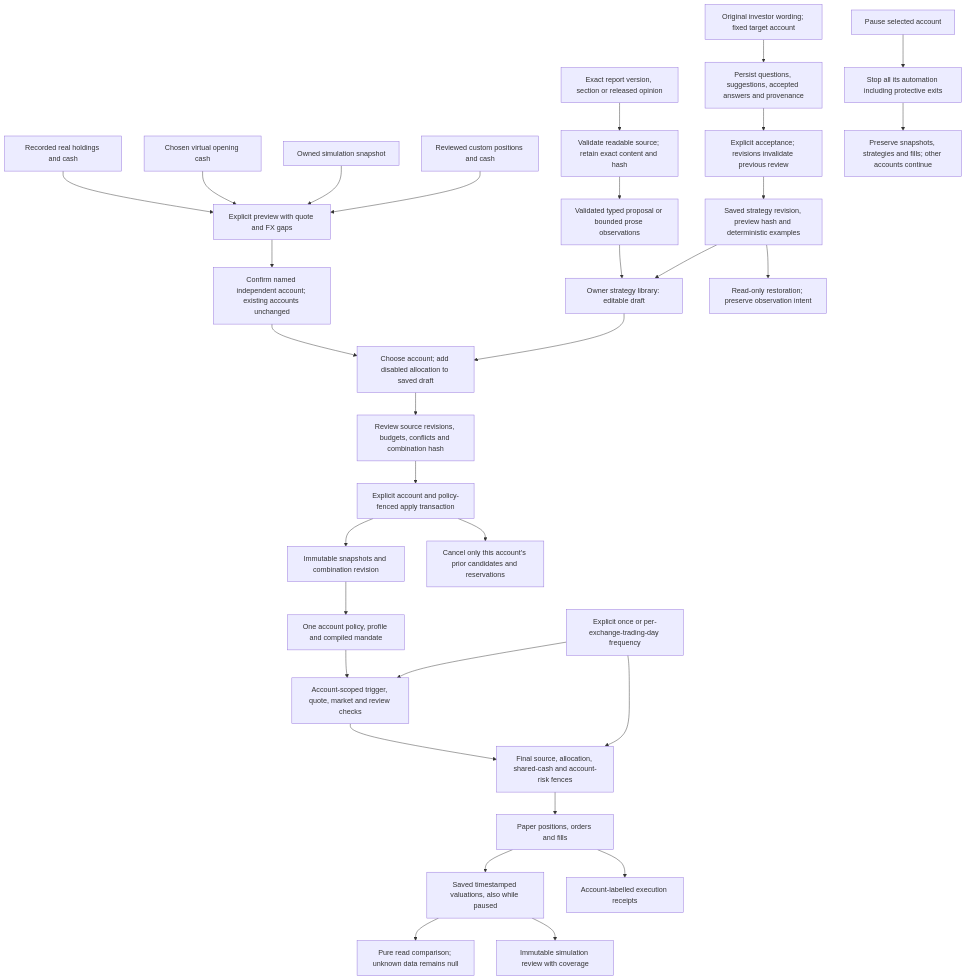
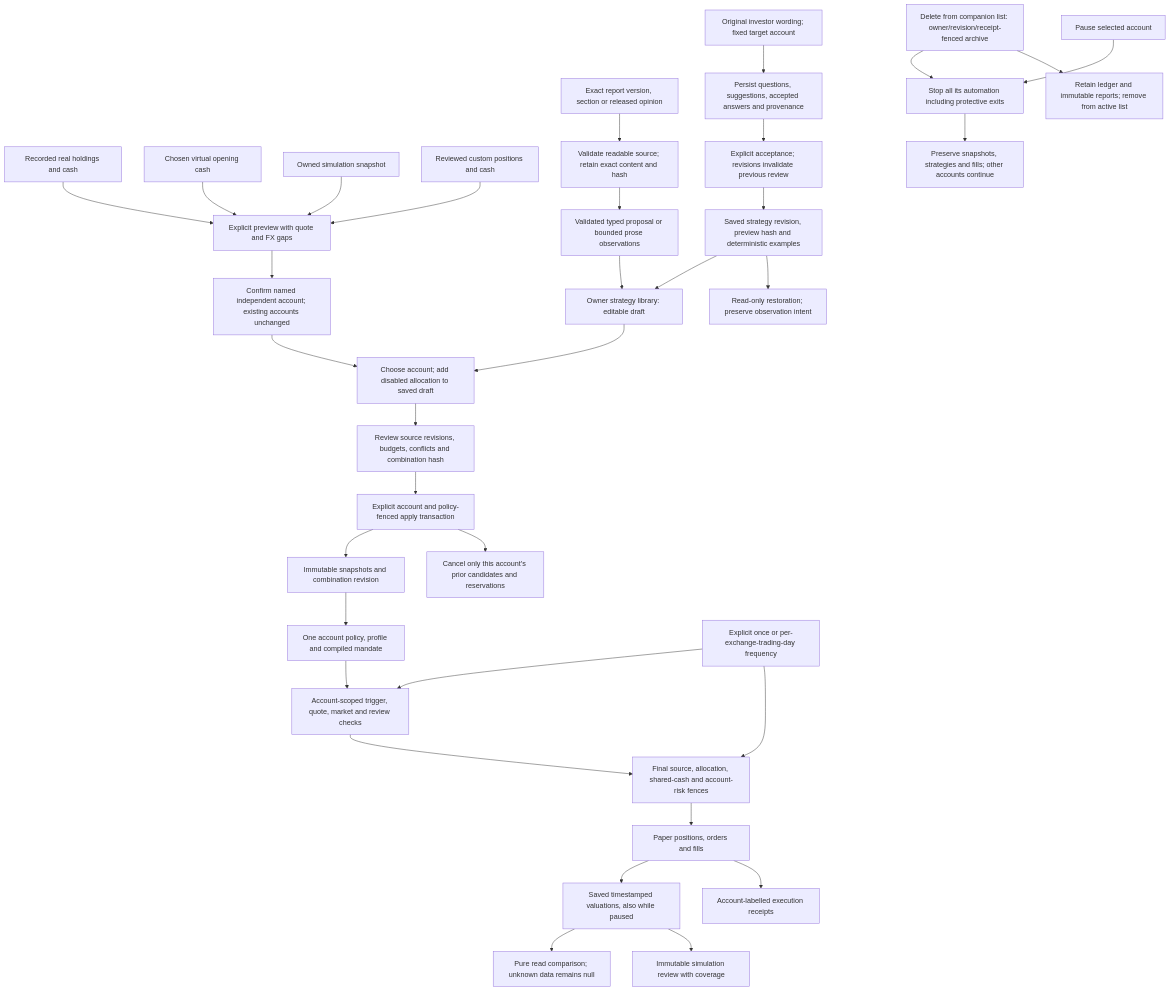
One commit to Lueyu/squabble changed the third of 5 diagrams in docs/architecture.md. Above: the diagram before and after it, drawn with Mermaid. The commit also changed other lines of this file and 69 other files, not shown here.

````diff
--- a/docs/architecture.md
+++ b/docs/architecture.md
@@ -154,34 +161,36 @@
 ```mermaid
 flowchart TD
     real["Recorded real holdings and cash"] --> seed["Explicit preview with quote and FX gaps"]
     virtual["Chosen virtual opening cash"] --> seed
     ownedPaper["Owned simulation snapshot"] --> seed
     custom["Reviewed custom positions and cash"] --> seed
     seed --> create["Confirm named independent account; existing accounts unchanged"]
     source["Exact report version, section or released opinion"] --> readable["Validate readable source; retain exact content and hash"]
     readable --> typed["Validated typed proposal or bounded prose observations"]
     typed --> draft["Owner strategy library: editable draft"]
     idea["Original investor wording; fixed target account"] --> questions["Persist questions, suggestions, accepted answers and provenance"]
     questions --> acceptAnswer["Explicit acceptance; revisions invalidate previous review"]
     acceptAnswer --> savedReview["Saved strategy revision, preview hash and deterministic examples"]
     savedReview --> draft
     savedReview --> restoreReview["Read-only restoration; preserve observation intent"]
     draft --> target["Choose account; add disabled allocation to saved draft"]
     create --> target
     target --> preview["Review source revisions, budgets, conflicts and combination hash"]
     preview --> apply["Explicit account and policy-fenced apply transaction"]
     apply --> authority["Immutable snapshots and combination revision"]
     apply --> cancel["Cancel only this account's prior candidates and reservations"]
     authority --> runtime["One account policy, profile and compiled mandate"]
     runtime --> schedule["Account-scoped trigger, quote, market and review checks"]
     schedule --> order["Final source, allocation, shared-cash and account-risk fences"]
     frequency["Explicit once or per-exchange-trading-day frequency"] --> schedule
     frequency --> order
     order --> ledger["Paper positions, orders and fills"]
+    archive["Delete from companion list: owner/revision/receipt-fenced archive"] --> stop
+    archive --> retained["Retain ledger and immutable reports; remove from active list"]
     pause["Pause selected account"] --> stop["Stop all its automation including protective exits"]
     stop --> history["Preserve snapshots, strategies and fills; other accounts continue"]
     ledger --> valuation["Saved timestamped valuations, also while paused"]
     valuation --> comparison["Pure read comparison; unknown data remains null"]
     valuation --> review["Immutable simulation review with coverage"]
     ledger --> channel["Account-labelled execution receipts"]
 ```
````
